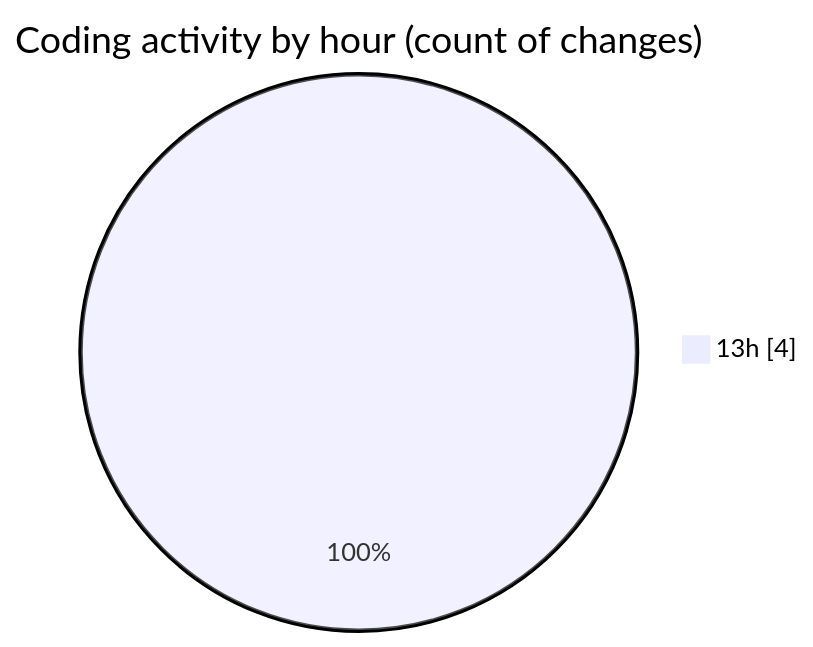
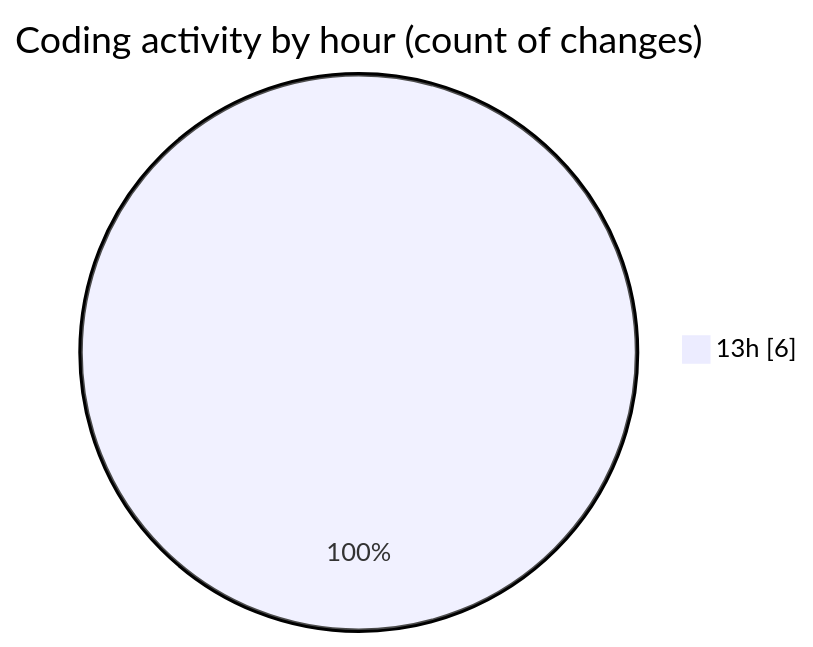
One commit to EIIisD/code-tracking changed the second of 2 diagrams in 2025-08-03/fish/README.md. Above: the diagram before and after it, drawn with Mermaid. The commit also changed other lines of this file and 1 other file, not shown here.

````diff
--- a/2025-08-03/fish/README.md
+++ b/2025-08-03/fish/README.md
@@ -29,5 +29,5 @@
 ```mermaid
 pie showData
 title Coding activity by hour (count of changes)
-"13h" : 4
+"13h" : 6
 ```
````
